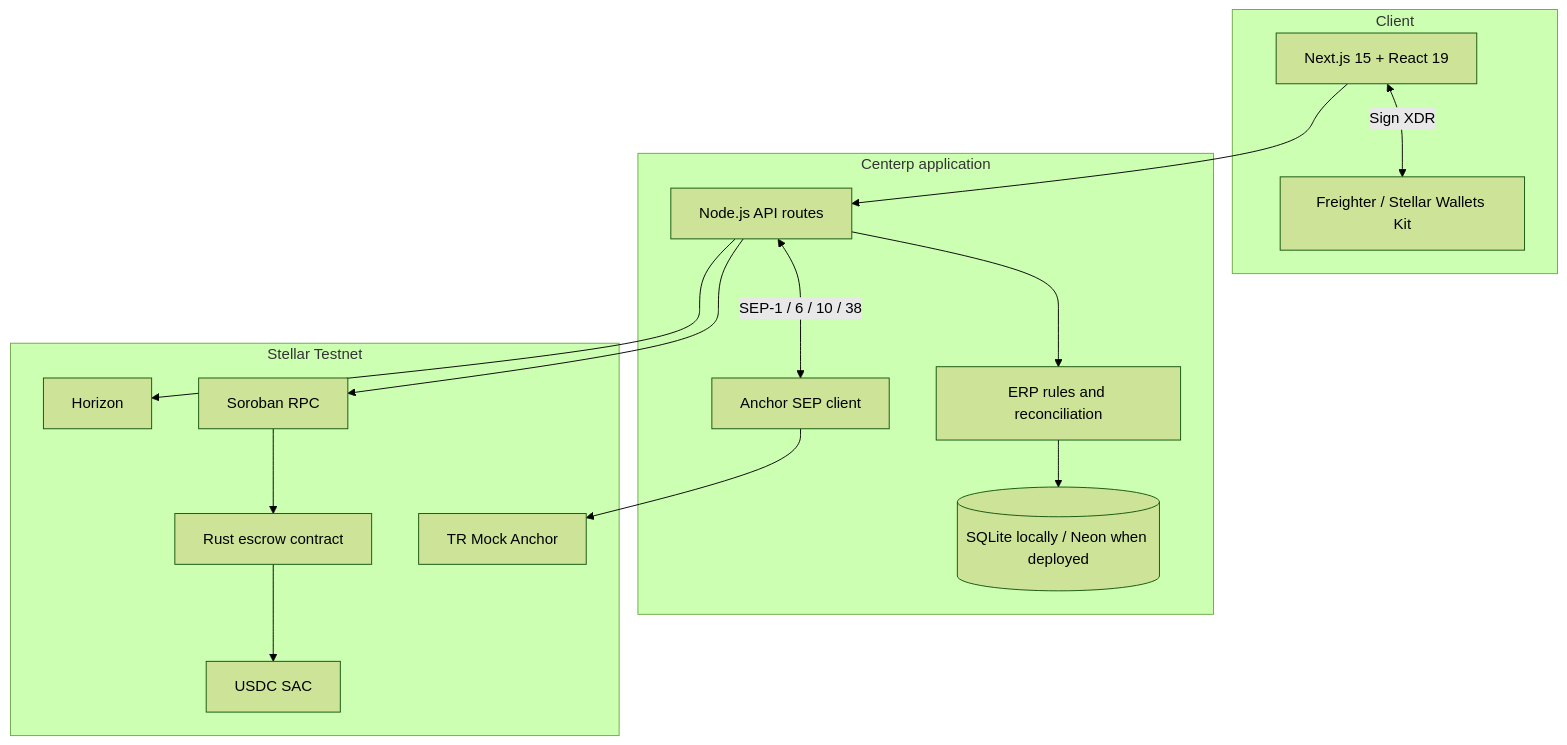
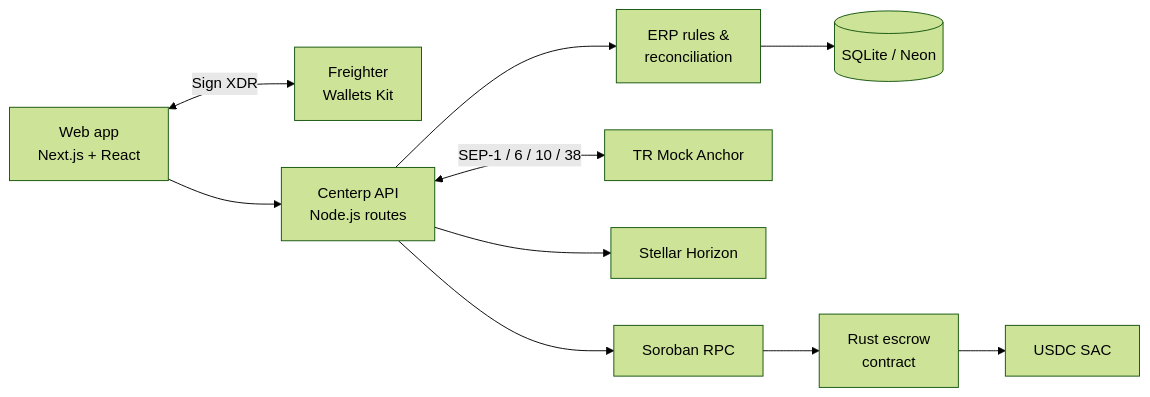
The third of 3 diagrams in README.md (ugurrcoskun/Centerp), drawn with Mermaid (forest theme) before and after one commit.

Commit message:
docs: simplify architecture diagram layout

````diff
--- a/README.md
+++ b/README.md
@@ -179,33 +179,10 @@
 ```mermaid
-flowchart TB
-    subgraph Client[Client]
-        UI[Next.js 15 + React 19]
-        Wallet[Freighter / Stellar Wallets Kit]
-    end
+flowchart LR
+    UI["Web app<br/>Next.js + React"] <-->|"Sign XDR"| Wallet["Freighter<br/>Wallets Kit"]
+    UI --> API["Centerp API<br/>Node.js routes"]
 
-    subgraph App[Centerp application]
-        API[Node.js API routes]
-        ERP[ERP rules and reconciliation]
-        Store[(SQLite locally / Neon when deployed)]
-        AnchorClient[Anchor SEP client]
-    end
-
-    subgraph Stellar[Stellar Testnet]
-        Horizon[Horizon]
-        RPC[Soroban RPC]
-        Escrow[Rust escrow contract]
-        USDC[USDC SAC]
-        Anchor[TR Mock Anchor]
-    end
-
-    UI --> API
-    UI <-->|Sign XDR| Wallet
-    API --> ERP
-    ERP --> Store
-    API --> Horizon
-    API --> RPC
-    API <-->|SEP-1 / 6 / 10 / 38| AnchorClient
-    AnchorClient --> Anchor
-    RPC --> Escrow
-    Escrow --> USDC
+    API --> ERP["ERP rules &<br/>reconciliation"] --> Store[("SQLite / Neon")]
+    API <-->|"SEP-1 / 6 / 10 / 38"| Anchor["TR Mock Anchor"]
+    API --> Horizon["Stellar Horizon"]
+    API --> RPC["Soroban RPC"] --> Escrow["Rust escrow<br/>contract"] --> USDC["USDC SAC"]
 ```
````
